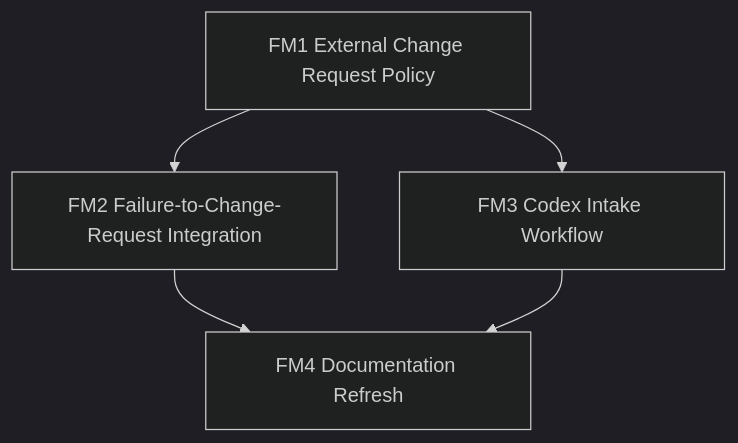
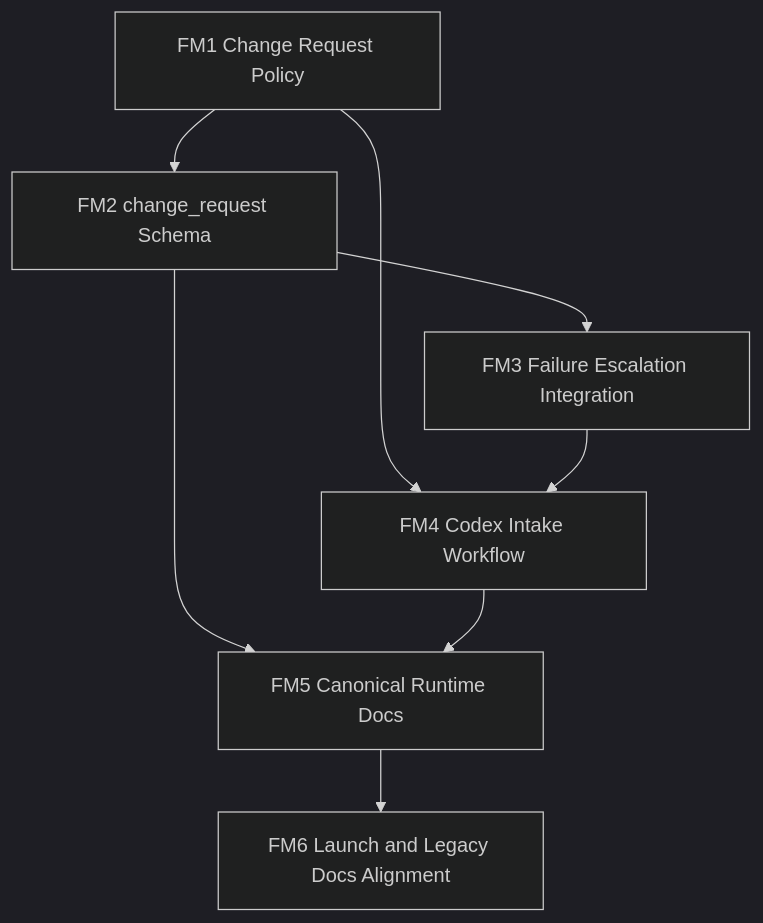
One commit to d-alexeev/proptech-news-monitoring changed the diagram in FOLLOW_UP_MINI_PLAN.md. Above: the diagram before and after it, drawn with Mermaid (dark theme). The commit also changed other lines of this file, not shown here.

````diff
--- a/FOLLOW_UP_MINI_PLAN.md
+++ b/FOLLOW_UP_MINI_PLAN.md
@@ -189,12 +247,17 @@
 ```mermaid
 graph TD
-  FM1["FM1 External Change Request Policy"]
-  FM2["FM2 Failure-to-Change-Request Integration"]
-  FM3["FM3 Codex Intake Workflow"]
-  FM4["FM4 Documentation Refresh"]
+  FM1["FM1 Change Request Policy"]
+  FM2["FM2 change_request Schema"]
+  FM3["FM3 Failure Escalation Integration"]
+  FM4["FM4 Codex Intake Workflow"]
+  FM5["FM5 Canonical Runtime Docs"]
+  FM6["FM6 Launch and Legacy Docs Alignment"]
 
   FM1 --> FM2
-  FM1 --> FM3
-  FM2 --> FM4
+  FM2 --> FM3
+  FM1 --> FM4
   FM3 --> FM4
+  FM2 --> FM5
+  FM4 --> FM5
+  FM5 --> FM6
 ```
````
